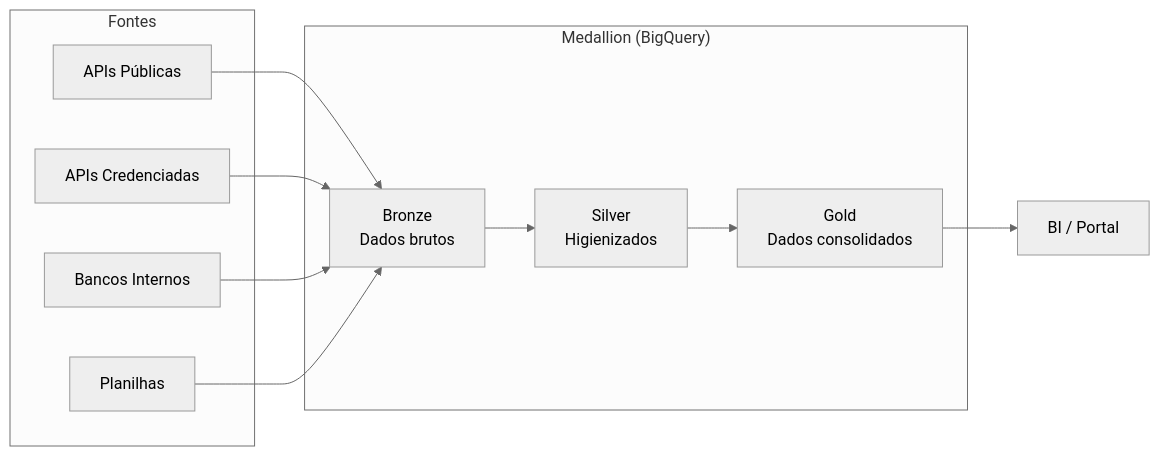
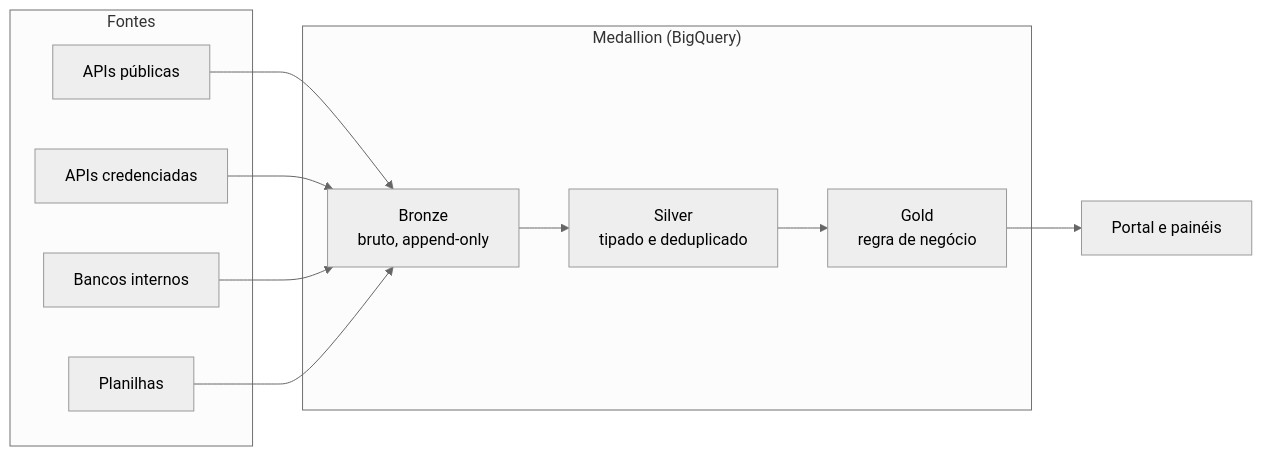
One commit to nessenergy/Alupdatalake changed the diagram in README.md. Above: the diagram before and after it, drawn with Mermaid (neutral theme). The commit also changed other lines of this file and 12 other files, not shown here.

````diff
--- a/README.md
+++ b/README.md
@@ -48,21 +75,21 @@
 ```mermaid
 graph LR
     subgraph Fontes
-        A[APIs Públicas]
-        B[APIs Credenciadas]
-        C[Bancos Internos]
+        A[APIs públicas]
+        B[APIs credenciadas]
+        C[Bancos internos]
         D[Planilhas]
     end
     subgraph "Medallion (BigQuery)"
-        E["Bronze<br/>Dados brutos"]
-        F["Silver<br/>Higienizados"]
-        G["Gold<br/>Dados consolidados"]
+        E["Bronze<br/>bruto, append-only"]
+        F["Silver<br/>tipado e deduplicado"]
+        G["Gold<br/>regra de negócio"]
     end
     A --> E
     B --> E
     C --> E
     D --> E
     E --> F
     F --> G
-    G --> H["BI / Portal"]
+    G --> H["Portal e painéis"]
 ```
````
